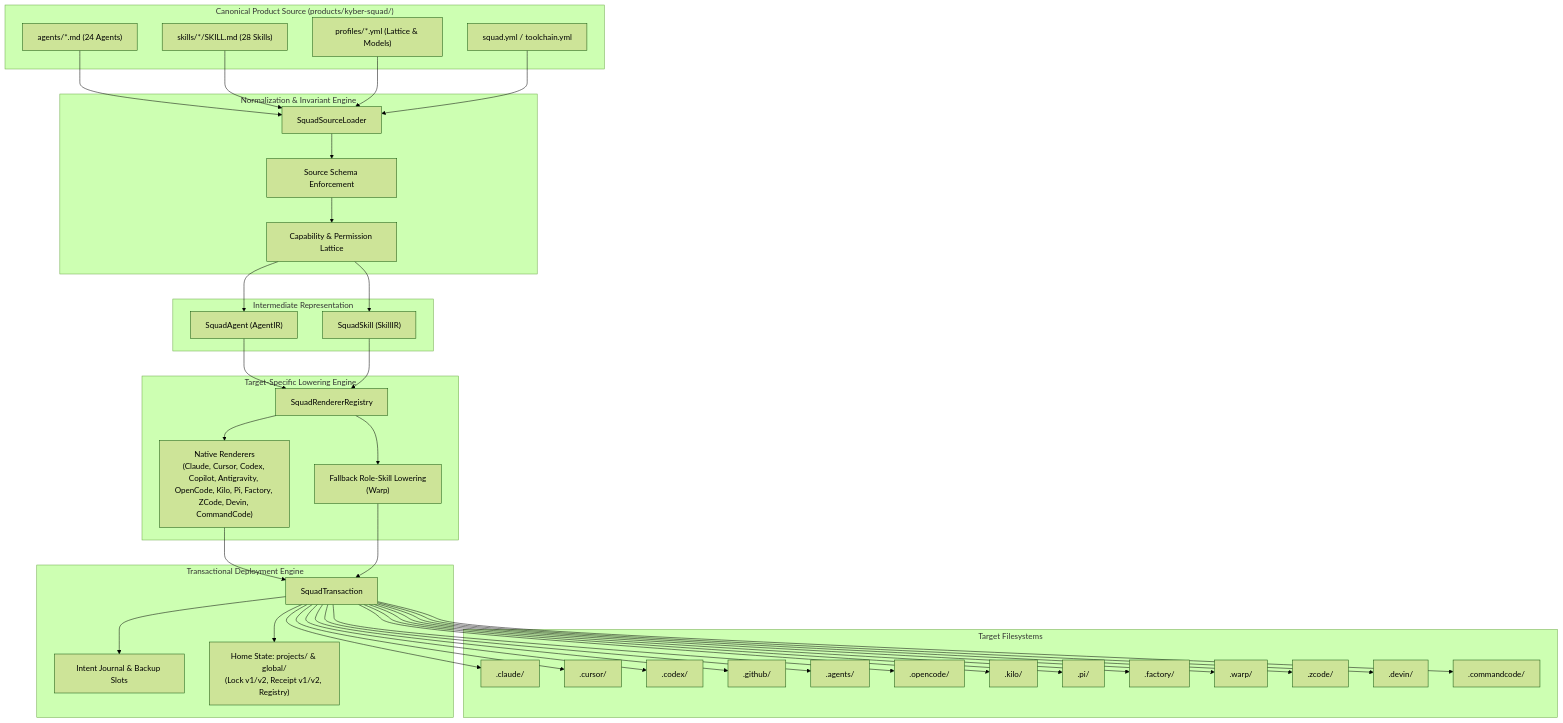
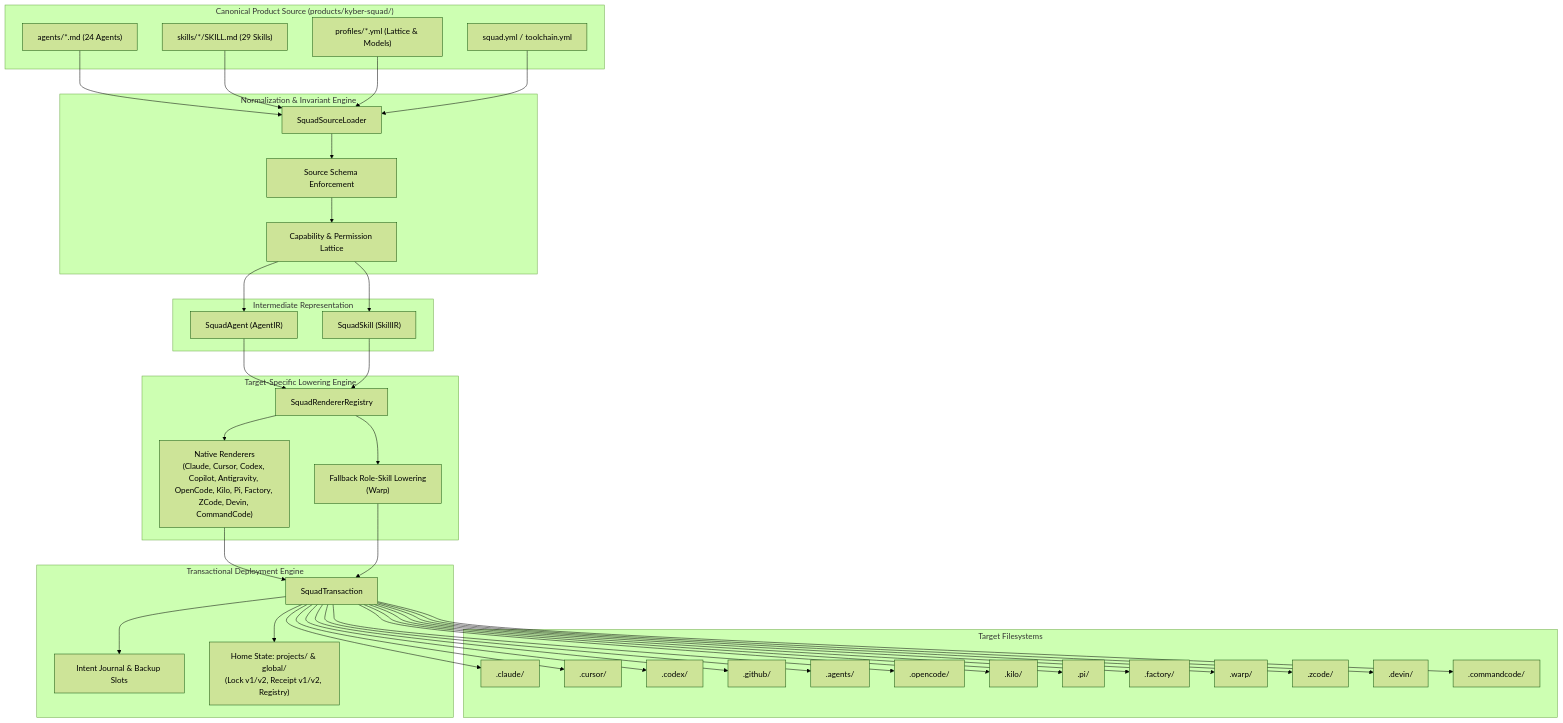
One commit to dpalfery/kyber-weave changed the first of 5 diagrams in docs/kyber-squad/architecture.md. Above: the diagram before and after it, drawn with Mermaid (forest theme). The commit also changed other lines of this file and 2 other files, not shown here.

Commit message:
docs(squad): refresh counts to 29 skills and review dates to 2026-11-08

```diff
--- a/docs/kyber-squad/architecture.md
+++ b/docs/kyber-squad/architecture.md
@@ -103,7 +103,7 @@
 flowchart TD
     subgraph Canonical["Canonical Product Source (products/kyber-squad/)"]
         Agents["agents/*.md (24 Agents)"]
-        Skills["skills/*/SKILL.md (28 Skills)"]
+        Skills["skills/*/SKILL.md (29 Skills)"]
         Profiles["profiles/*.yml (Lattice & Models)"]
         Catalog["squad.yml / toolchain.yml"]
     end
```
